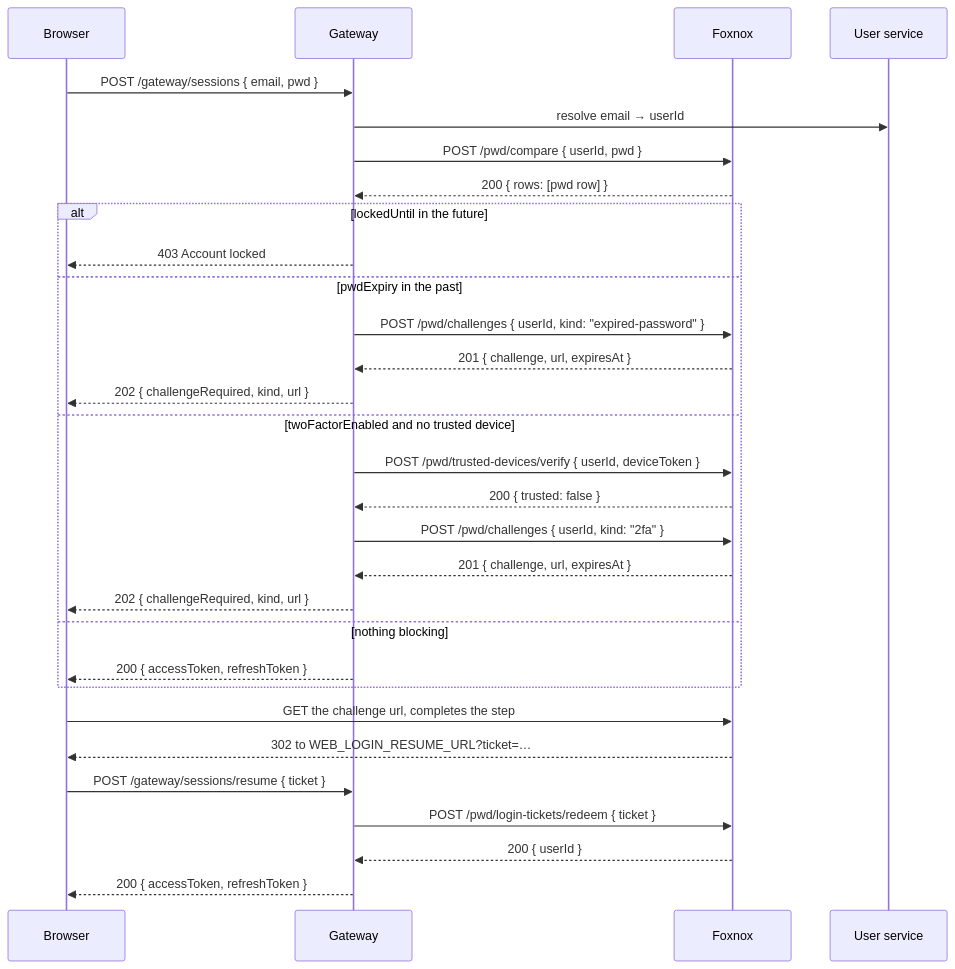
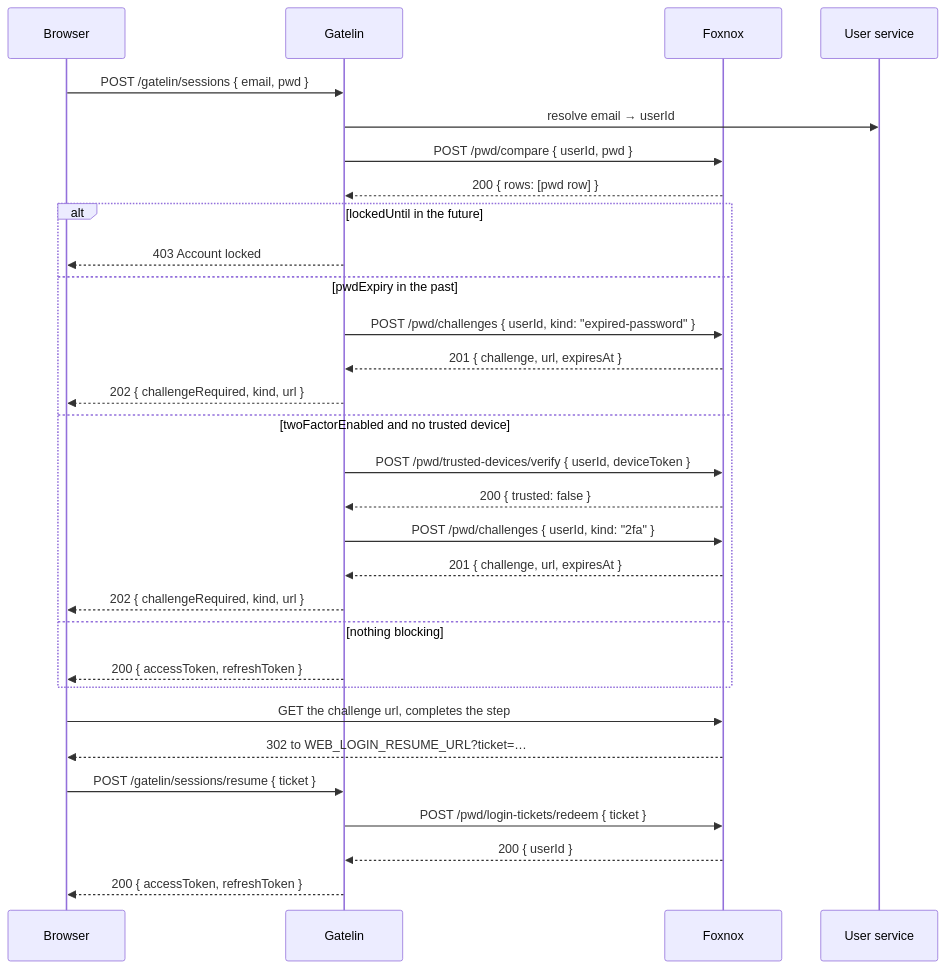
The diagram in website/docs/guide/api-challenges.md (ALTEN-group/Foxnox), drawn with Mermaid before and after one commit. The commit also changed other lines of this file and 88 other files, not shown here.

````diff
--- a/website/docs/guide/api-challenges.md
+++ b/website/docs/guide/api-challenges.md
@@ -23,35 +23,35 @@
 ```mermaid
 sequenceDiagram
     participant B as Browser
-    participant G as Gateway
+    participant G as Gatelin
     participant F as Foxnox
     participant U as User service
 
-    B->>G: POST /gateway/sessions { email, pwd }
+    B->>G: POST /gatelin/sessions { email, pwd }
     G->>U: resolve email → userId
     G->>F: POST /pwd/compare { userId, pwd }
     F-->>G: 200 { rows: [pwd row] }
 
     alt lockedUntil in the future
         G-->>B: 403 Account locked
     else pwdExpiry in the past
         G->>F: POST /pwd/challenges { userId, kind: "expired-password" }
         F-->>G: 201 { challenge, url, expiresAt }
         G-->>B: 202 { challengeRequired, kind, url }
     else twoFactorEnabled and no trusted device
         G->>F: POST /pwd/trusted-devices/verify { userId, deviceToken }
         F-->>G: 200 { trusted: false }
         G->>F: POST /pwd/challenges { userId, kind: "2fa" }
         F-->>G: 201 { challenge, url, expiresAt }
         G-->>B: 202 { challengeRequired, kind, url }
     else nothing blocking
         G-->>B: 200 { accessToken, refreshToken }
     end
 
     B->>F: GET the challenge url, completes the step
     F-->>B: 302 to WEB_LOGIN_RESUME_URL?ticket=…
-    B->>G: POST /gateway/sessions/resume { ticket }
+    B->>G: POST /gatelin/sessions/resume { ticket }
     G->>F: POST /pwd/login-tickets/redeem { ticket }
     F-->>G: 200 { userId }
     G-->>B: 200 { accessToken, refreshToken }
 ```
````
